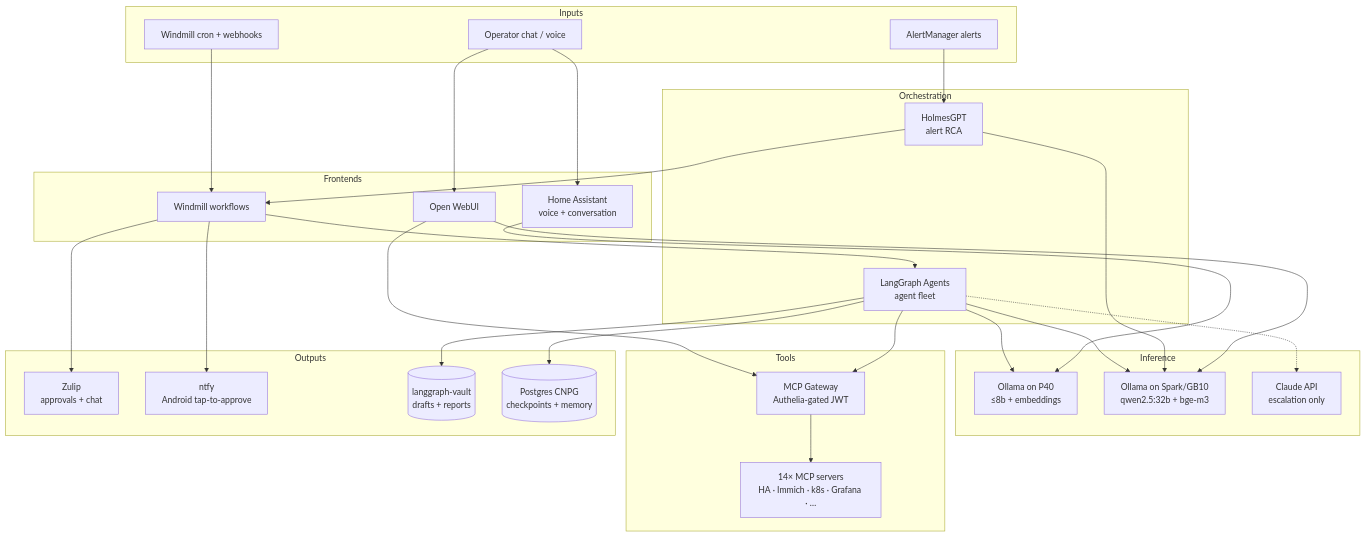
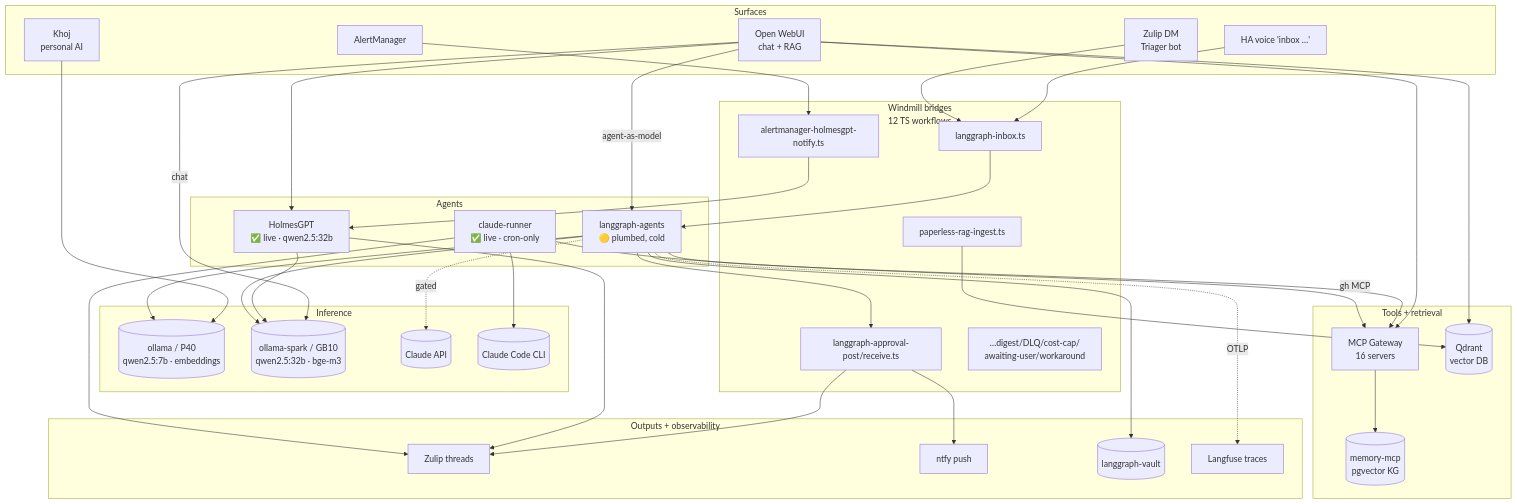
One commit to rwlove/home-ops changed the second of 3 diagrams in README.md. Above: the diagram before and after it, drawn with Mermaid. The commit also changed other lines of this file and 3 other files, not shown here.

First line of the commit message:
docs(ai-architecture): new chapter + README rewrite + drift-check extensions (#11907)

````diff
--- a/README.md
+++ b/README.md
@@ -311,61 +317,67 @@
 ```mermaid
 flowchart TB
-    subgraph Inputs[Inputs]
-        AM[AlertManager alerts]
-        Op[Operator chat / voice]
-        Cron[Windmill cron + webhooks]
+    subgraph Surfaces[Surfaces]
+        OWUI[Open WebUI<br/>chat + RAG]
+        Khoj[Khoj<br/>personal AI]
+        Voice[HA voice 'inbox …']
+        ZulipDM[Zulip DM<br/>Triager bot]
+        AM[AlertManager]
     end
 
-    subgraph Frontends[Frontends]
-        OWUI[Open WebUI]
-        HA[Home Assistant<br/>voice + conversation]
-        WM[Windmill workflows]
+    subgraph Bridges[Windmill bridges<br/>12 TS workflows]
+        WInbox[langgraph-inbox.ts]
+        WAlert[alertmanager-holmesgpt-notify.ts]
+        WApprove[langgraph-approval-post/receive.ts]
+        WPaperless[paperless-rag-ingest.ts]
+        WOther[…digest/DLQ/cost-cap/<br/>awaiting-user/workaround]
     end
 
-    subgraph Orchestration[Orchestration]
-        Holmes[HolmesGPT<br/>alert RCA]
-        LG[LangGraph Agents<br/>agent fleet]
+    subgraph Agents[Agents]
+        Holmes[HolmesGPT<br/>✅ live · qwen2.5:32b]
+        LG[langgraph-agents<br/>🟡 plumbed, cold]
+        CR[claude-runner<br/>✅ live · cron-only]
     end
 
     subgraph Inference[Inference]
-        OllamaP40[Ollama on P40<br/>≤8b + embeddings]
-        OllamaSpark[Ollama on Spark/GB10<br/>qwen2.5:32b + bge-m3]
-        Claude[Claude API<br/>escalation only]
+        OllamaP40[(ollama / P40<br/>qwen2.5:7b · embeddings)]
+        OllamaSpark[(ollama-spark / GB10<br/>qwen2.5:32b · bge-m3)]
+        Claude[(Claude API)]
+        CC[(Claude Code CLI)]
     end
 
-    subgraph Tools[Tools]
-        Gw[MCP Gateway<br/>Authelia-gated JWT]
-        Servers[14× MCP servers<br/>HA · Immich · k8s · Grafana · …]
+    subgraph Tools[Tools + retrieval]
+        Gw[MCP Gateway<br/>16 servers]
+        Q[(Qdrant<br/>vector DB)]
+        Mem[(memory-mcp<br/>pgvector KG)]
     end
 
-    subgraph Outputs[Outputs]
-        Z[Zulip<br/>approvals + chat]
-        N[ntfy<br/>Android tap-to-approve]
-        V[(langgraph-vault<br/>drafts + reports)]
-        DB[(Postgres CNPG<br/>checkpoints + memory)]
+    subgraph Outputs[Outputs + observability]
+        Zulip[Zulip threads]
+        Ntfy[ntfy push]
+        Vault[(langgraph-vault)]
+        LF[Langfuse traces]
     end
 
-    AM --> Holmes
-    Op --> OWUI
-    Op --> HA
-    Cron --> WM
-
-    OWUI --> OllamaSpark
-    HA --> OllamaP40
-    WM --> LG
-
+    Voice --> WInbox --> LG
+    ZulipDM --> WInbox
+    OWUI -->|chat| OllamaSpark
+    OWUI -->|agent-as-model| LG
+    OWUI --> Gw
+    OWUI --> Holmes
+    OWUI --> Q
+    Khoj --> OllamaP40
+    AM --> WAlert --> Holmes
     Holmes --> OllamaSpark
     LG --> OllamaSpark
     LG --> OllamaP40
-    LG -.-> Claude
-
-    Holmes --> WM
-    LG --> Gw
-    OWUI --> Gw
-    Gw --> Servers
-
-    WM --> Z
-    WM --> N
-    LG --> V
-    LG --> DB
+    LG -.->|gated| Claude
+    LG --> Gw --> Mem
+    LG -.->|OTLP| LF
+    WPaperless --> Q
+    CR --> CC
+    CR -->|gh MCP| Gw
+    LG --> WApprove --> Zulip & Ntfy
+    LG --> Vault
+    Holmes --> Zulip
+    CR --> Zulip
 ```
````
